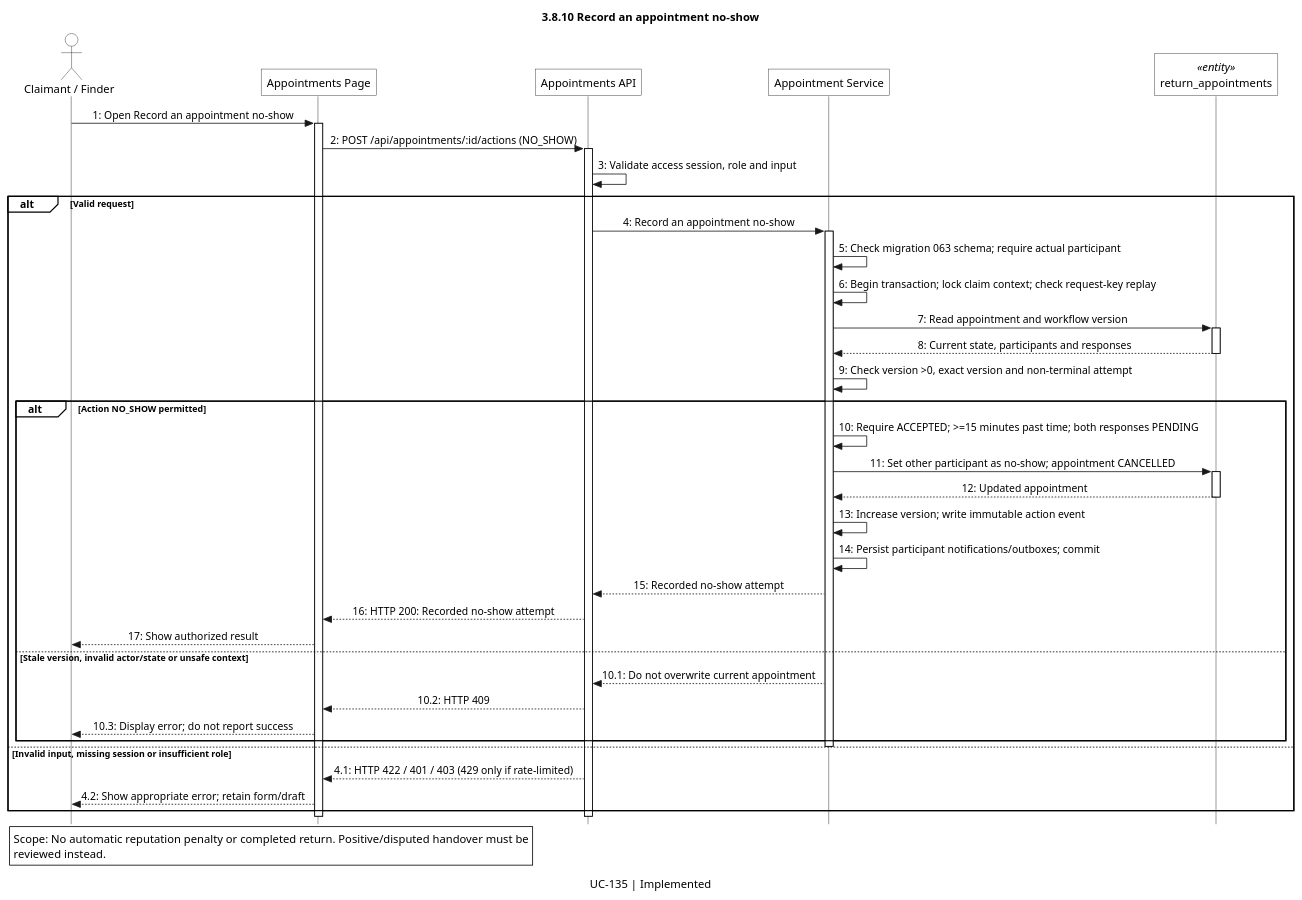
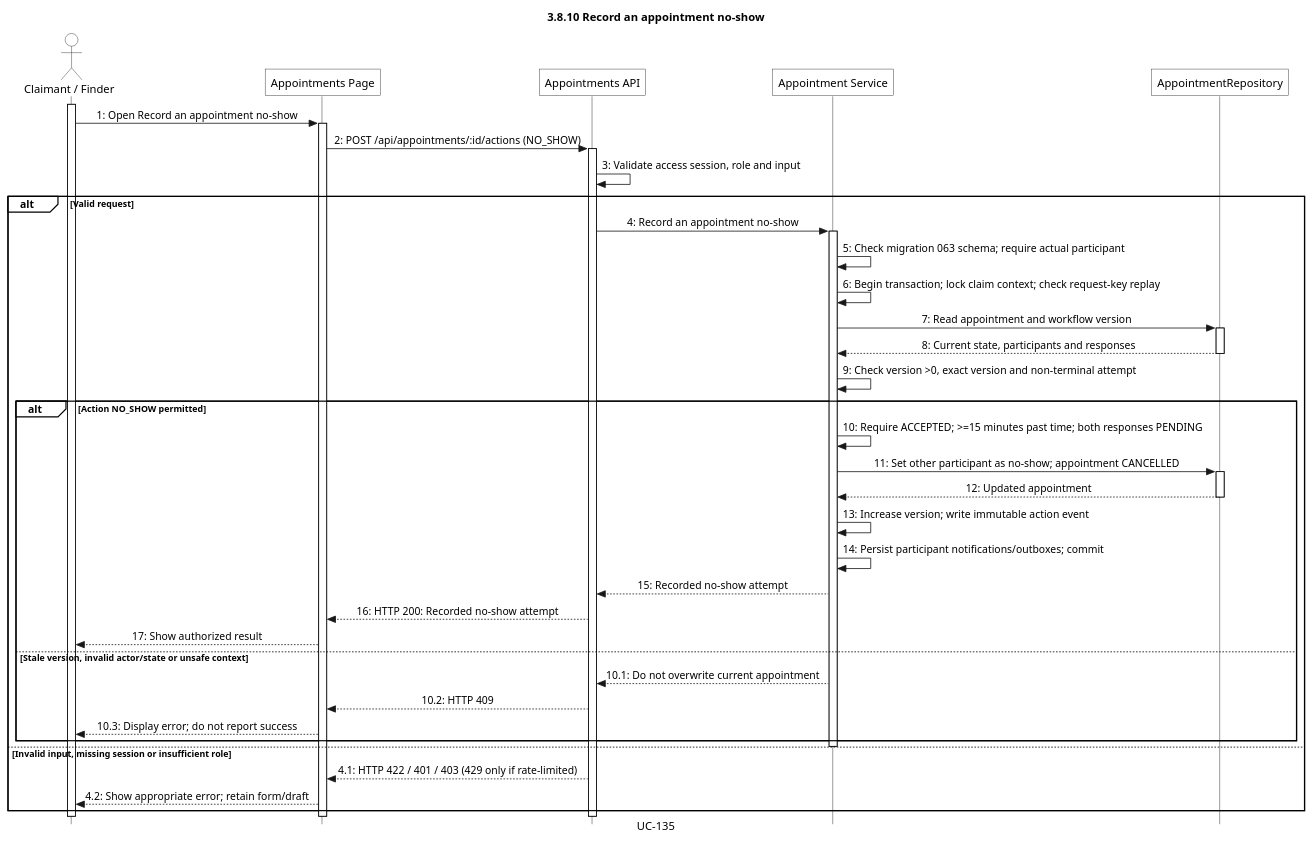
The diagram in docs/sequences/Tran-The-Luong/3.8/3.8.10_UC-135_record-an-appointment-no-show.puml (LNFSYS/lost-and-found-management-system-main), drawn with PlantUML before and after one commit. The commit also changed 336 other files, not shown here.

Commit message:
docs: refine sequence lifelines and diagram presentation

```diff
--- a/docs/sequences/Tran-The-Luong/3.8/3.8.10_UC-135_record-an-appointment-no-show.puml
+++ b/docs/sequences/Tran-The-Luong/3.8/3.8.10_UC-135_record-an-appointment-no-show.puml
@@ -1,78 +1,81 @@
 @startuml
 title 3.8.10 Record an appointment no-show
-caption UC-135 | Implemented
+caption UC-135
+' Catalogue: UC-135 | Implemented
 skinparam monochrome true
 skinparam shadowing false
 skinparam roundcorner 0
 skinparam defaultFontName Arial
 skinparam LegendBackgroundColor white
 skinparam style strictuml
 skinparam sequenceMessageAlign center
 show footbox
 <style>
 lifeLine {
     LineStyle 0
 }
 </style>
 skinparam sequence {
     ParticipantBackgroundColor white
     ActorBackgroundColor white
     LifeLineBackgroundColor white
     LifeLineBorderColor black
     GroupBackgroundColor white
     GroupHeaderBackgroundColor white
 }
 
 ' Source: apps/api-node/src/modules/appointments/application/appointment.use-cases.ts
+' Main entity: return_appointments
 ' Main entity migration: apps/api-node/src/migrations/002_lost_found_schema.sql
-' One-table abstraction: related repository reads/writes stay inside the service.
+' Single persistence lifeline: related reads/writes remain summarized in the service.
 actor "Claimant / Finder" as Actor
 participant "Appointments Page" as Page
 participant "Appointments API" as API
 participant "Appointment Service" as Service
-participant "return_appointments" as Table <<entity>>
+participant "AppointmentRepository" as Table
 
+activate Actor
 Actor -> Page: 1: Open Record an appointment no-show
 activate Page
 Page -> API: 2: POST /api/appointments/:id/actions (NO_SHOW)
 activate API
 API -> API: 3: Validate access session, role and input
 alt Valid request
 API -> Service: 4: Record an appointment no-show
 activate Service
 Service -> Service: 5: Check migration 063 schema; require actual participant
 Service -> Service: 6: Begin transaction; lock claim context; check request-key replay
 Service -> Table: 7: Read appointment and workflow version
 activate Table
 Table --> Service: 8: Current state, participants and responses
 deactivate Table
 Service -> Service: 9: Check version >0, exact version and non-terminal attempt
 alt Action NO_SHOW permitted
 Service -> Service: 10: Require ACCEPTED; >=15 minutes past time; both responses PENDING
 Service -> Table: 11: Set other participant as no-show; appointment CANCELLED
 activate Table
 Table --> Service: 12: Updated appointment
 deactivate Table
 Service -> Service: 13: Increase version; write immutable action event
 Service -> Service: 14: Persist participant notifications/outboxes; commit
 Service --> API: 15: Recorded no-show attempt
 API --> Page: 16: HTTP 200: Recorded no-show attempt
 Page --> Actor: 17: Show authorized result
 else Stale version, invalid actor/state or unsafe context
 Service --> API: 10.1: Do not overwrite current appointment
 API --> Page: 10.2: HTTP 409
 Page --> Actor: 10.3: Display error; do not report success
 end
 deactivate Service
 else Invalid input, missing session or insufficient role
 API --> Page: 4.1: HTTP 422 / 401 / 403 (429 only if rate-limited)
 Page --> Actor: 4.2: Show appropriate error; retain form/draft
 end
 deactivate API
 deactivate Page
+deactivate Actor
 
-legend left
-Scope: No automatic reputation penalty or completed return. Positive/disputed handover must be
-reviewed instead.
-endlegend
+' Scope note (not rendered):
+' Scope: No automatic reputation penalty or completed return. Positive/disputed handover must be
+' reviewed instead.
 @enduml
```
